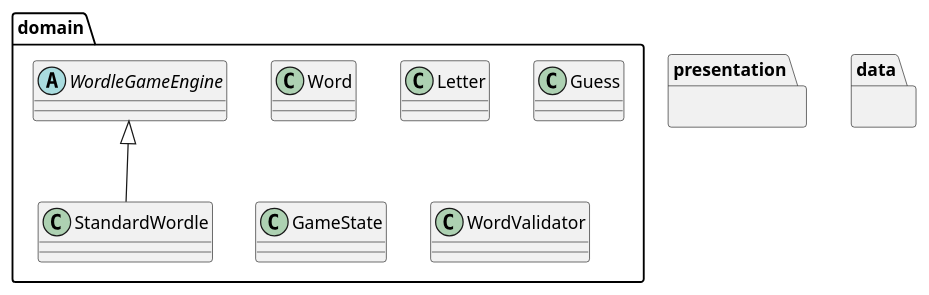
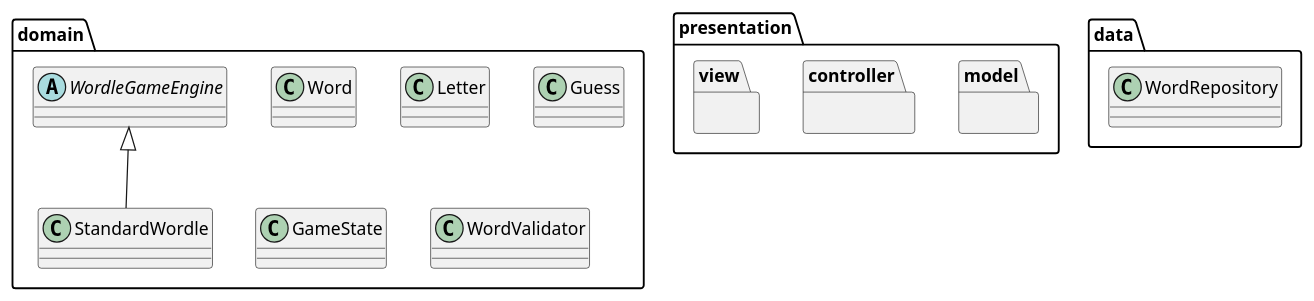
One commit to nu-cs-sw-design/project-20252601-cubes changed the diagram in docs/design/design.puml. Above: the diagram before and after it, drawn with PlantUML.

Commit message:
Structurd PUML

```diff
--- a/docs/design/design.puml
+++ b/docs/design/design.puml
@@ -1,25 +1,33 @@
 @startuml
 
 package presentation {
+    package model {
+    }
+    package controller {
+    }
+    package view {
+    }
+
 }
 package domain {
     class Word {
     }
     class Letter {
     }
     class Guess {
     }
     abstract class WordleGameEngine {
     }
     class StandardWordle extends WordleGameEngine {
     }
     class GameState {
     }
     class WordValidator {
     }
-
 }
 package data {
+    class WordRepository {
+    }
 }
 
 @enduml
```
